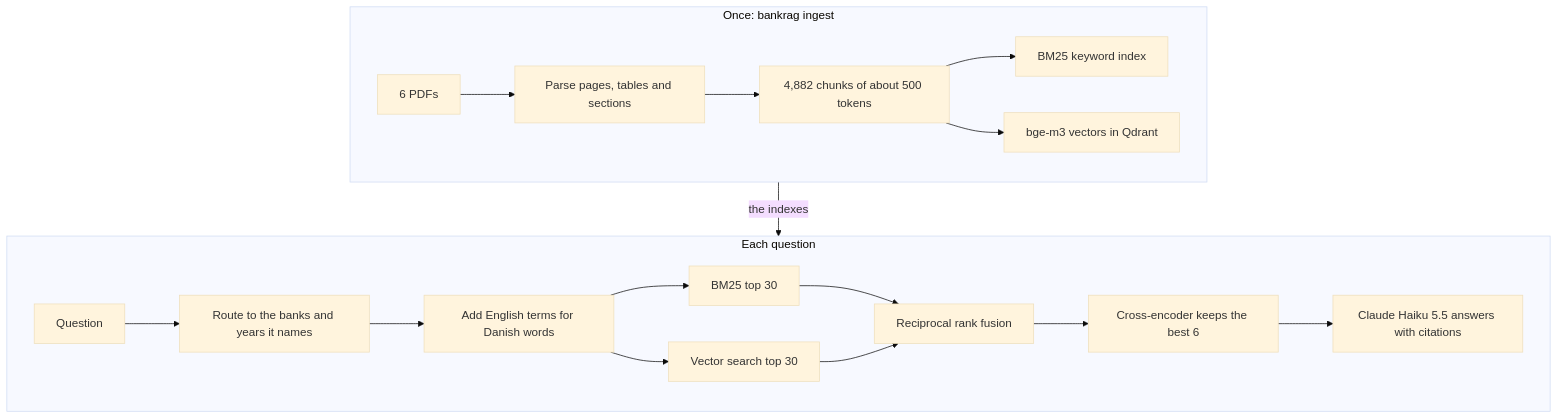
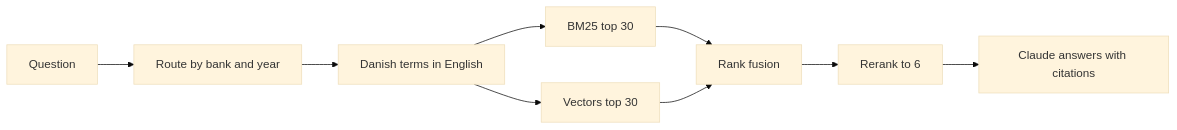
One commit to AndersHenriksen-dev/nordic-bank-report-rag changed the second of 2 diagrams in README.md. Above: the diagram before and after it, drawn with Mermaid (base theme). The commit also changed other lines of this file, not shown here.

Commit message:
Split the pipeline diagram in two so GitHub shows all of it
GitHub draws a Mermaid diagram in a fixed frame, which cut off the second stage of the stacked version.

````diff
--- a/README.md
+++ b/README.md
@@ -32,22 +44,11 @@
 ```mermaid
-flowchart TB
-    subgraph once["Once: bankrag ingest"]
-        direction LR
-        P[6 PDFs] --> PA[Parse pages, tables and sections]
-        PA --> CH[4,882 chunks of about 500 tokens]
-        CH --> BM[BM25 keyword index]
-        CH --> QD[bge-m3 vectors in Qdrant]
-    end
-    subgraph each["Each question"]
-        direction LR
-        Q[Question] --> RT[Route to the banks and years it names]
-        RT --> GL[Add English terms for Danish words]
-        GL --> S1[BM25 top 30]
-        GL --> S2[Vector search top 30]
-        S1 --> RRF[Reciprocal rank fusion]
-        S2 --> RRF
-        RRF --> RR[Cross-encoder keeps the best 6]
-        RR --> CL[Claude Haiku 5.5 answers with citations]
-    end
-    once -- the indexes --> each
+flowchart LR
+    Q[Question] --> RT[Route by bank and year]
+    RT --> GL[Danish terms in English]
+    GL --> S1[BM25 top 30]
+    GL --> S2[Vectors top 30]
+    S1 --> RRF[Rank fusion]
+    S2 --> RRF
+    RRF --> RR[Rerank to 6]
+    RR --> CL[Claude answers with citations]
 ```
````
